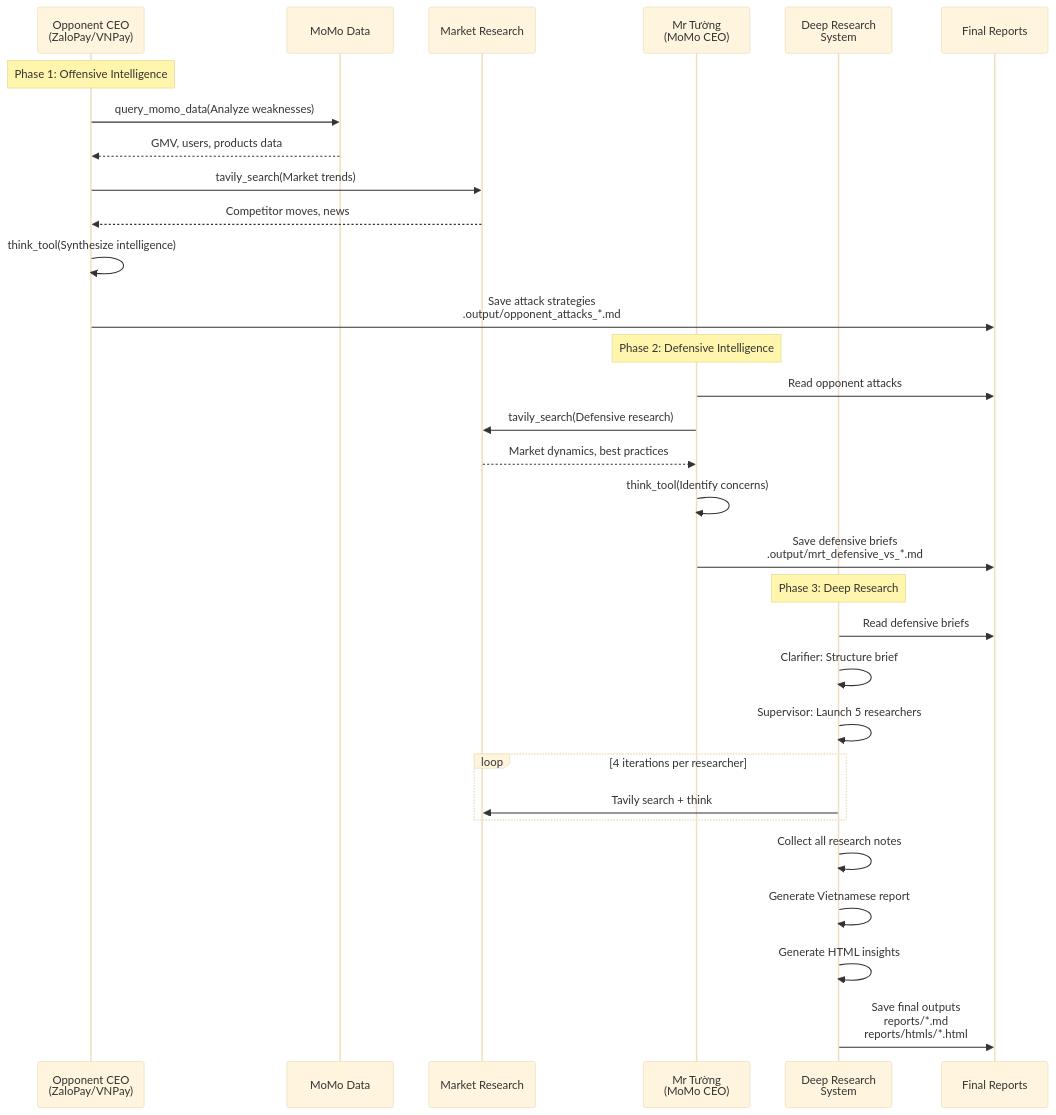
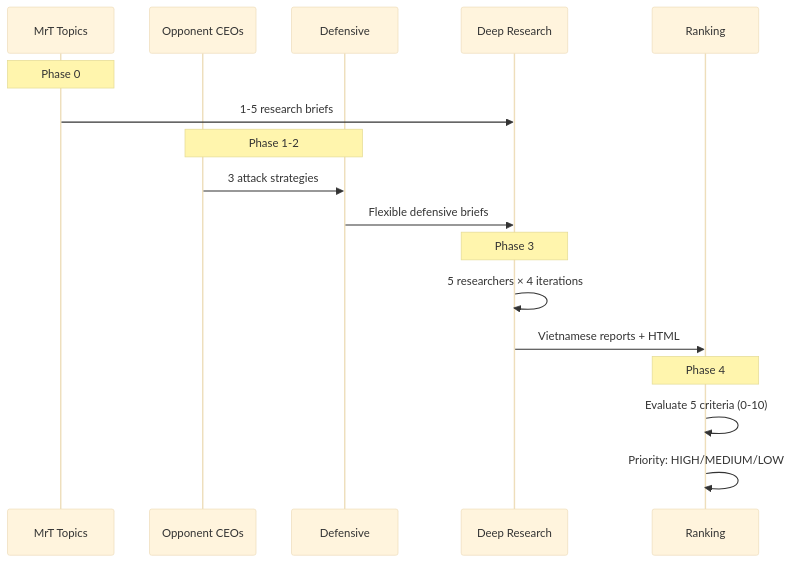
One commit to hungson175/deep-research-langchain changed the second of 2 diagrams in docs/competitive_intelligence_workflow.md. Above: the diagram before and after it, drawn with Mermaid (base theme). The commit also changed other lines of this file, not shown here.

````diff
--- a/docs/competitive_intelligence_workflow.md
+++ b/docs/competitive_intelligence_workflow.md
@@ -305,36 +68,23 @@
 ```mermaid
 sequenceDiagram
-    participant OPP as Opponent CEO<br/>(ZaloPay/VNPay)
-    participant MOMO as MoMo Data
-    participant MARKET as Market Research
-    participant MRT as Mr Tường<br/>(MoMo CEO)
-    participant DR as Deep Research<br/>System
-    participant REPORT as Final Reports
+    participant MRT as MrT Topics
+    participant OPP as Opponent CEOs
+    participant DEF as Defensive
+    participant DR as Deep Research
+    participant RANK as Ranking
 
-    Note over OPP: Phase 1: Offensive Intelligence
-    OPP->>MOMO: query_momo_data(Analyze weaknesses)
-    MOMO-->>OPP: GMV, users, products data
-    OPP->>MARKET: tavily_search(Market trends)
-    MARKET-->>OPP: Competitor moves, news
-    OPP->>OPP: think_tool(Synthesize intelligence)
-    OPP->>REPORT: Save attack strategies<br/>.output/opponent_attacks_*.md
+    Note over MRT: Phase 0
+    MRT->>DR: 1-5 research briefs
 
-    Note over MRT: Phase 2: Defensive Intelligence
-    MRT->>REPORT: Read opponent attacks
-    MRT->>MARKET: tavily_search(Defensive research)
-    MARKET-->>MRT: Market dynamics, best practices
-    MRT->>MRT: think_tool(Identify concerns)
-    MRT->>REPORT: Save defensive briefs<br/>.output/mrt_defensive_vs_*.md
+    Note over OPP,DEF: Phase 1-2
+    OPP->>DEF: 3 attack strategies
+    DEF->>DR: Flexible defensive briefs
 
-    Note over DR: Phase 3: Deep Research
-    DR->>REPORT: Read defensive briefs
-    DR->>DR: Clarifier: Structure brief
-    DR->>DR: Supervisor: Launch 5 researchers
-    loop 4 iterations per researcher
-        DR->>MARKET: Tavily search + think
-    end
-    DR->>DR: Collect all research notes
-    DR->>DR: Generate Vietnamese report
-    DR->>DR: Generate HTML insights
-    DR->>REPORT: Save final outputs<br/>reports/*.md<br/>reports/htmls/*.html
+    Note over DR: Phase 3
+    DR->>DR: 5 researchers × 4 iterations
+    DR->>RANK: Vietnamese reports + HTML
+
+    Note over RANK: Phase 4
+    RANK->>RANK: Evaluate 5 criteria (0-10)
+    RANK->>RANK: Priority: HIGH/MEDIUM/LOW
 ```
````
